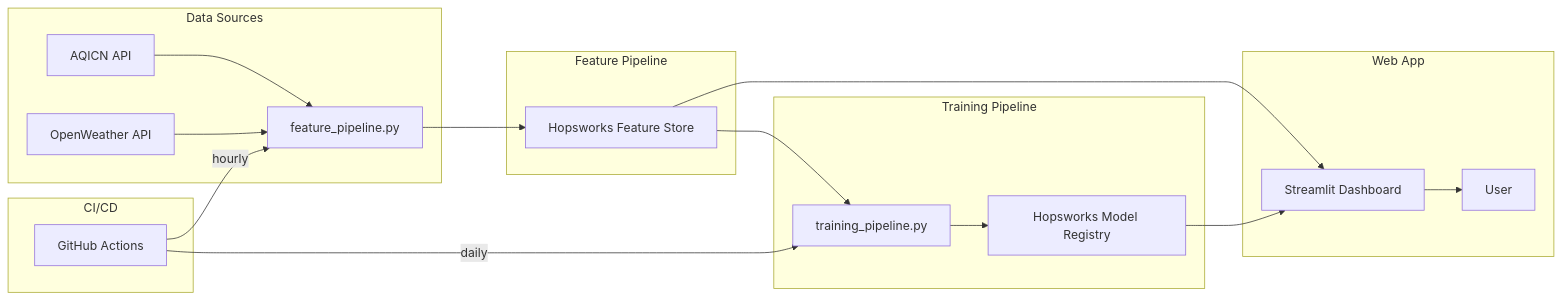
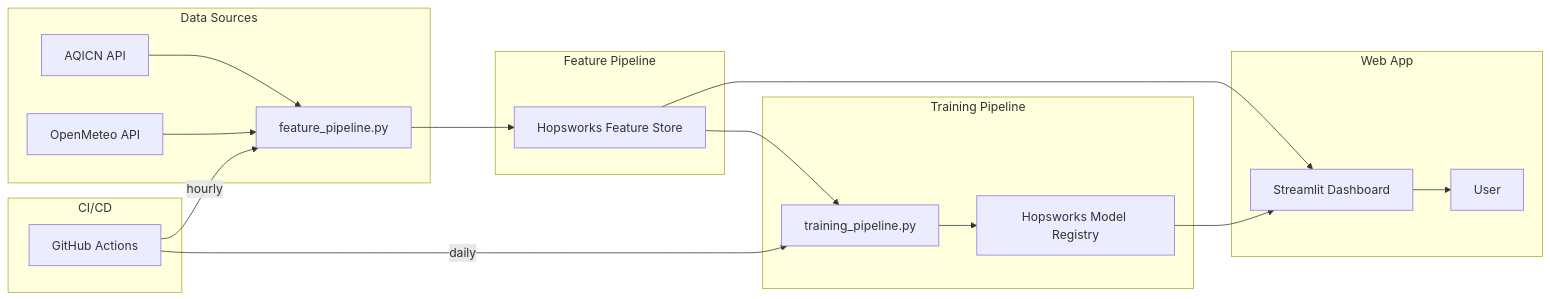
Before and after one commit to iamusuff/AQI-Predictor: the diagram in implementation_plan.md, drawn with Mermaid. The commit also changed other lines of this file and 8 other files, not shown here.

````diff
--- a/implementation_plan.md
+++ b/implementation_plan.md
@@ -9,27 +9,27 @@
 ```mermaid
 graph LR
     subgraph Data Sources
         A["AQICN API"] --> FP
-        B["OpenWeather API"] --> FP
+        B["OpenMeteo API"] --> FP
     end
 
     subgraph Feature Pipeline
         FP["feature_pipeline.py"] --> FS["Hopsworks Feature Store"]
     end
 
     subgraph Training Pipeline
         FS --> TP["training_pipeline.py"]
         TP --> MR["Hopsworks Model Registry"]
     end
 
     subgraph CI/CD
         GH["GitHub Actions"] -->|hourly| FP
         GH -->|daily| TP
     end
 
     subgraph Web App
         FS --> WA["Streamlit Dashboard"]
         MR --> WA
         WA --> U["User"]
     end
 ```
````
